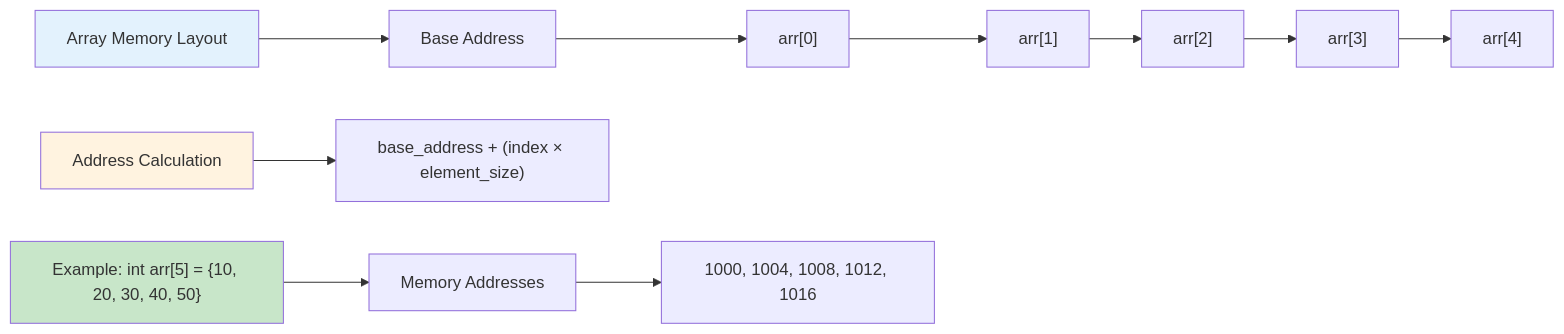
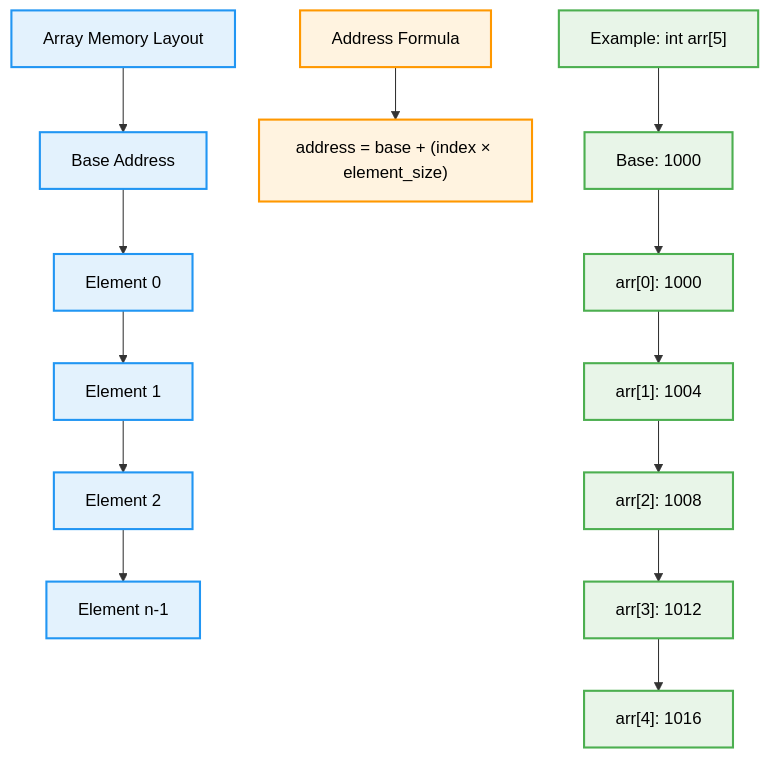
Before and after one commit to AbhishekGiri04/CodeVault: the fourth of 9 diagrams in concepts/arrays.md, drawn with Mermaid. The commit also changed other lines of this file, not shown here.

````diff
--- a/concepts/arrays.md
+++ b/concepts/arrays.md
@@ -184,18 +328,25 @@
 ```mermaid
-flowchart LR
+flowchart TD
     A["Array Memory Layout"] --> B["Base Address"]
-    B --> C["arr[0]"]
-    C --> D["arr[1]"]
-    D --> E["arr[2]"]
-    E --> F["arr[3]"]
-    F --> G["arr[4]"]
+    B --> C["Element 0"]
+    C --> D["Element 1"]
+    D --> E["Element 2"]
+    E --> F["Element n-1"]
     
-    H["Address Calculation"] --> I["base_address + (index × element_size)"]
+    G["Address Formula"] --> H["address = base + (index × element_size)"]
     
-    J["Example: int arr[5] = {10, 20, 30, 40, 50}"] --> K["Memory Addresses"]
-    K --> L["1000, 1004, 1008, 1012, 1016"]
+    I["Example: int arr[5]"] --> J["Base: 1000"]
+    J --> K["arr[0]: 1000"]
+    K --> L["arr[1]: 1004"]
+    L --> M["arr[2]: 1008"]
+    M --> N["arr[3]: 1012"]
+    N --> O["arr[4]: 1016"]
     
-    style A fill:#e3f2fd
-    style H fill:#fff3e0
-    style J fill:#c8e6c9
+    classDef default fill:#f9f9f9,stroke:#333,stroke-width:2px,color:#000
+    classDef memory fill:#e3f2fd,stroke:#2196f3,stroke-width:2px,color:#000
+    classDef formula fill:#fff3e0,stroke:#ff9800,stroke-width:2px,color:#000
+    classDef example fill:#e8f5e8,stroke:#4caf50,stroke-width:2px,color:#000
+    class A,B,C,D,E,F memory
+    class G,H formula
+    class I,J,K,L,M,N,O example
 ```
````
